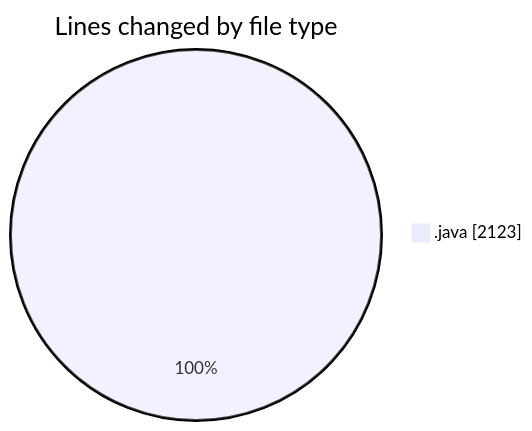
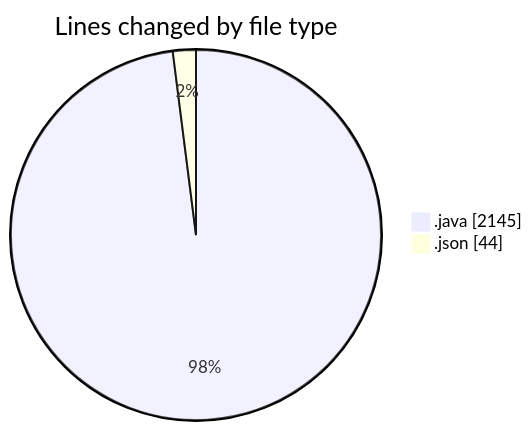
One commit to charlie-sans/code-tracking changed the first of 2 diagrams in 2025-02-23/micros/README.md. Above: the diagram before and after it, drawn with Mermaid. The commit also changed other lines of this file and 1 other file, not shown here.

````diff
--- a/2025-02-23/micros/README.md
+++ b/2025-02-23/micros/README.md
@@ -29,5 +31,6 @@
 ```mermaid
 pie showData
 title Lines changed by file type
-".java" : 2123
+".java" : 2145
+".json" : 44
 ```
````
